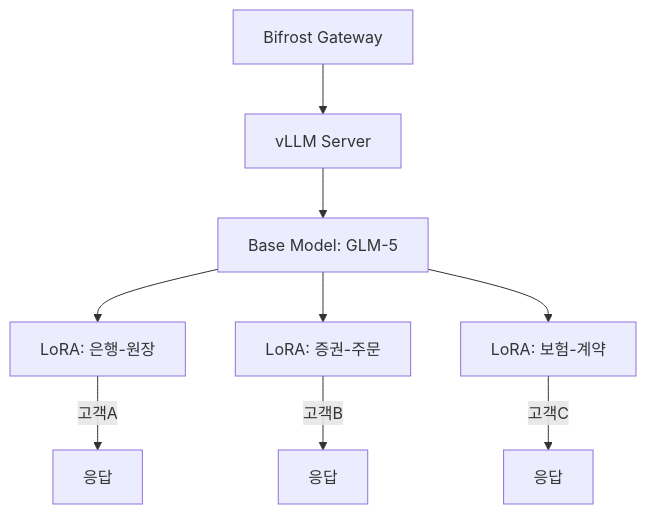
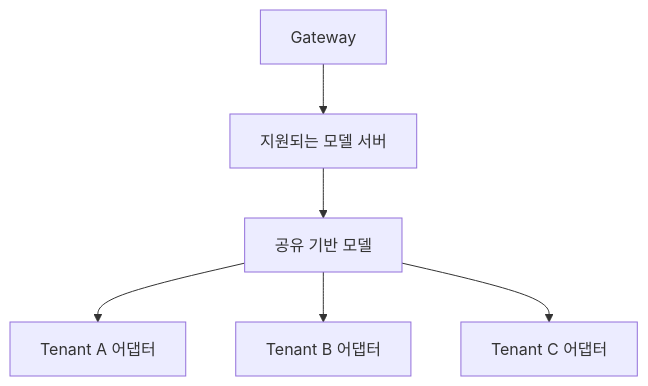
One commit to devfloor9/engineering-playbook changed the third of 3 diagrams in docs/agentic-ai-platform/reference-architecture/integrations/coding-tools-cost-analysis.md. Above: the diagram before and after it, drawn with Mermaid. The commit also changed other lines of this file and 4 other files, not shown here.

````diff
--- a/docs/agentic-ai-platform/reference-architecture/integrations/coding-tools-cost-analysis.md
+++ b/docs/agentic-ai-platform/reference-architecture/integrations/coding-tools-cost-analysis.md
@@ -362,11 +298,8 @@
 ```mermaid
 graph TD
-    G[Bifrost Gateway] --> V[vLLM Server]
-    V --> B[Base Model: GLM-5]
-    B --> L1[LoRA: 은행-원장]
-    B --> L2[LoRA: 증권-주문]
-    B --> L3[LoRA: 보험-계약]
-    L1 -->|고객A| R1[응답]
-    L2 -->|고객B| R2[응답]
-    L3 -->|고객C| R3[응답]
+    G[Gateway] --> V[지원되는 모델 서버]
+    V --> B[공유 기반 모델]
+    B --> L1[Tenant A 어댑터]
+    B --> L2[Tenant B 어댑터]
+    B --> L3[Tenant C 어댑터]
 ```
````
